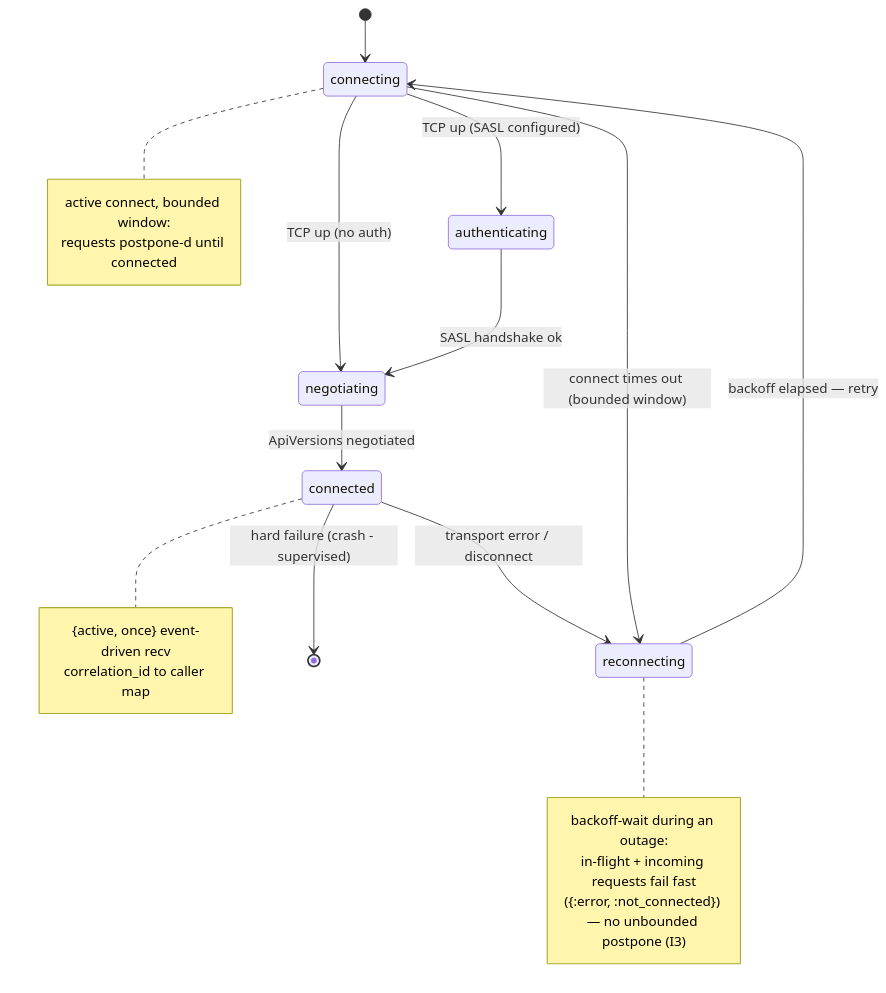
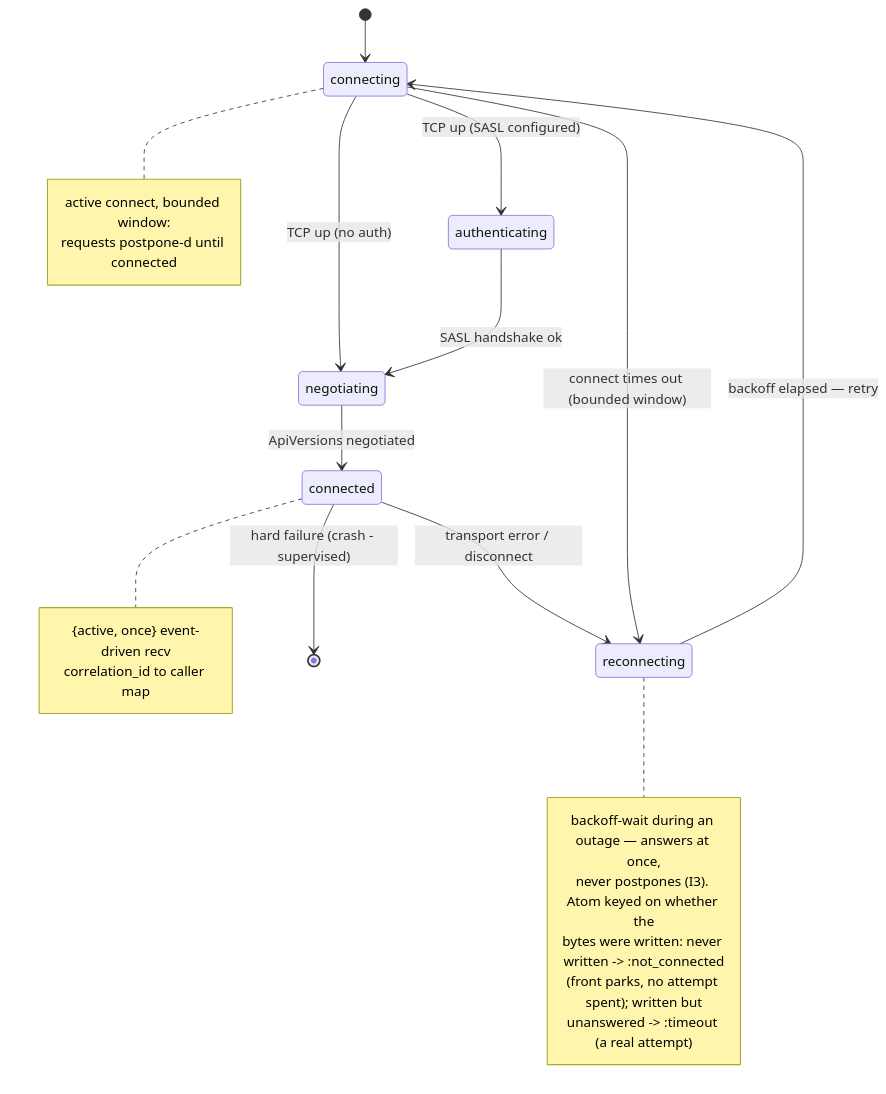
The ninth of 10 diagrams in docs/rfcs/0001-client-process-architecture.md (kafkaex/kafka_ex), drawn with Mermaid before and after one commit. The commit also changed other lines of this file, not shown here.

````diff
--- a/docs/rfcs/0001-client-process-architecture.md
+++ b/docs/rfcs/0001-client-process-architecture.md
@@ -591,25 +600,27 @@
 ```mermaid
 stateDiagram-v2
     [*] --> connecting
     connecting --> authenticating: TCP up (SASL configured)
     connecting --> negotiating: TCP up (no auth)
     authenticating --> negotiating: SASL handshake ok
     negotiating --> connected: ApiVersions negotiated
     connected --> reconnecting: transport error / disconnect
     connecting --> reconnecting: connect times out (bounded window)
     reconnecting --> connecting: backoff elapsed — retry
     connected --> [*]: hard failure (crash - supervised)
     note right of connecting
         active connect, bounded window:
         requests postpone-d until connected
     end note
     note right of reconnecting
-        backoff-wait during an outage:
-        in-flight + incoming requests fail fast
-        ({:error, :not_connected}) — no unbounded postpone (I3)
+        backoff-wait during an outage — answers at once,
+        never postpones (I3). Atom keyed on whether the
+        bytes were written: never written -> :not_connected
+        (front parks, no attempt spent); written but
+        unanswered -> :timeout (a real attempt)
     end note
     note right of connected
         {active, once} event-driven recv
         correlation_id to caller map
     end note
 ```
````
